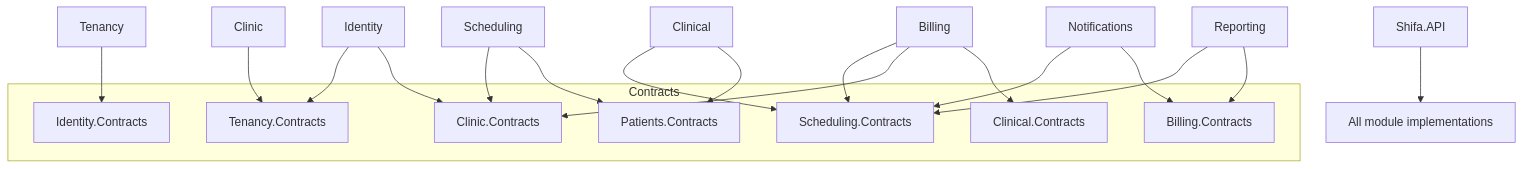
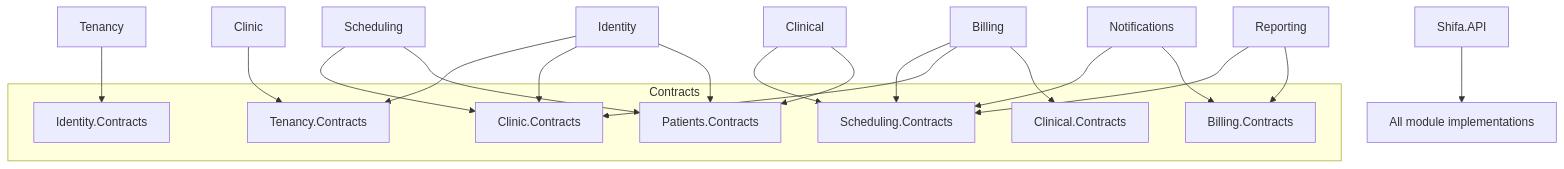
The diagram in docs/architecture/module-boundaries.md (mohameabdelsalm/shifa-clinic), drawn with Mermaid before and after one commit. The commit also changed other lines of this file and 62 other files, not shown here.

````diff
--- a/docs/architecture/module-boundaries.md
+++ b/docs/architecture/module-boundaries.md
@@ -21,28 +21,29 @@
 ```mermaid
 flowchart TD
   API[Shifa.API] --> M[All module implementations]
   subgraph Contracts
     IC[Identity.Contracts]
     TC[Tenancy.Contracts]
     CC[Clinic.Contracts]
     PC[Patients.Contracts]
     SC[Scheduling.Contracts]
     KC[Clinical.Contracts]
     BC[Billing.Contracts]
   end
   Scheduling --> CC
   Scheduling --> PC
   Clinical --> SC
   Clinical --> PC
   Billing --> SC
   Billing --> CC
   Billing --> KC
   Notifications --> SC
   Notifications --> BC
   Reporting --> SC
   Reporting --> BC
   Identity --> TC
   Identity --> CC
+  Identity --> PC
   Clinic --> TC
   Tenancy --> IC
 ```
````
